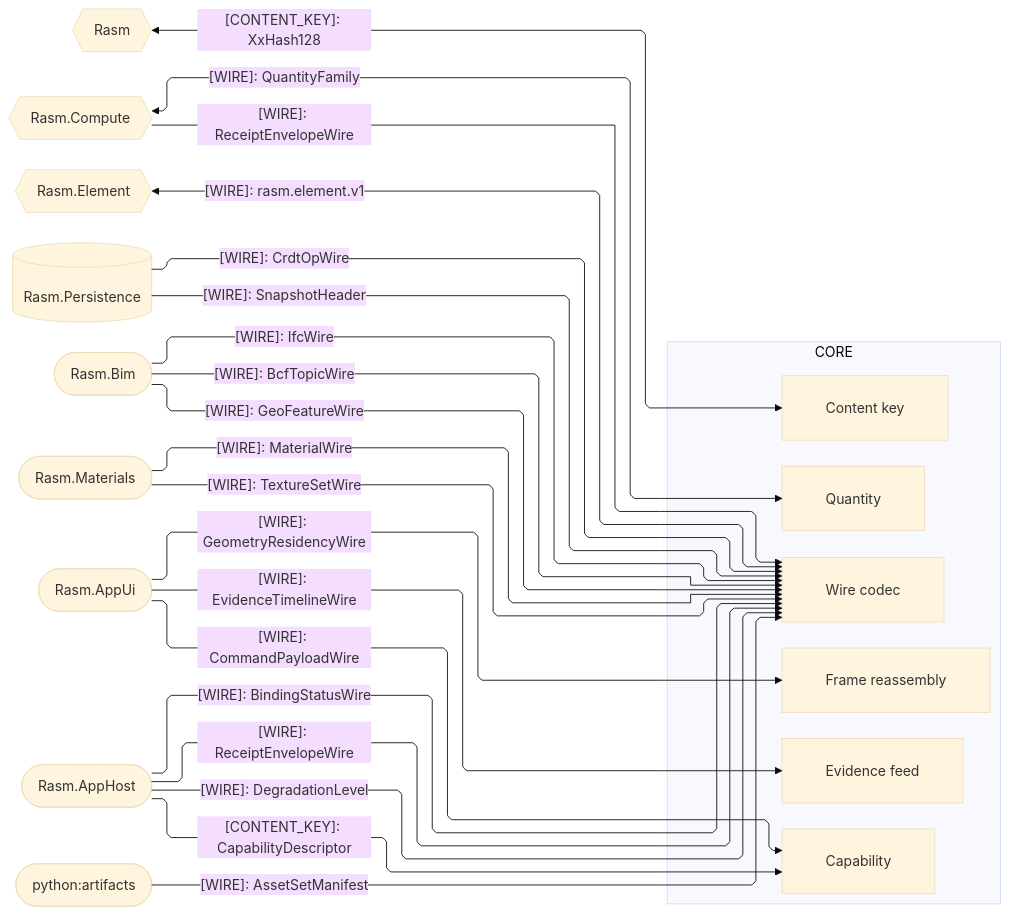
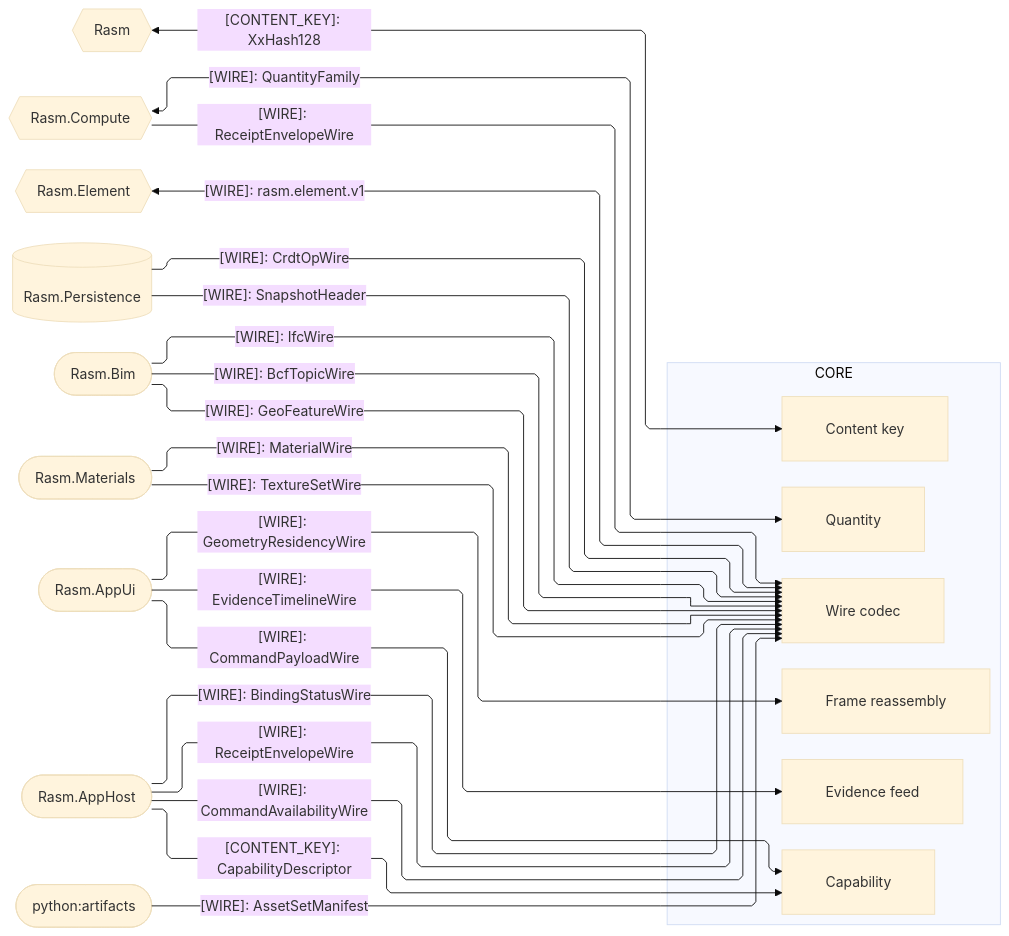
The second of 3 diagrams in libs/typescript/core/ARCHITECTURE.md (bsamiee/Rasm), drawn with Mermaid (base theme) before and after one commit. The commit also changed other lines of this file and 138 other files, not shown here.

````diff
--- a/libs/typescript/core/ARCHITECTURE.md
+++ b/libs/typescript/core/ARCHITECTURE.md
@@ -119,48 +121,48 @@
 ```mermaid
 ---
 config:
   layout: elk
   flowchart:
     curve: linear
     padding: 25
 ---
 flowchart LR
     accTitle: Core wire-plane seam registry
     accDescr: Core owners decoding kinded wires spelled verbatim from the owning peer endpoint pages — C# packages and the python artifacts producer — one edge per landed family.
     subgraph core[CORE]
         ContentKey[Content key]
         Quantity[Quantity]
         Codec[Wire codec]
         Feed[Evidence feed]
         Frame[Frame reassembly]
         Invoke[Capability]
     end
     Rasm{{Rasm}}
     Compute{{Rasm.Compute}}
     Element{{Rasm.Element}}
     Persistence[(Rasm.Persistence)]
     Bim([Rasm.Bim])
     Materials([Rasm.Materials])
     AppUi([Rasm.AppUi])
     AppHost([Rasm.AppHost])
     Artifacts([python:artifacts])
     Rasm e1@<-->|"[CONTENT_KEY]: XxHash128"| ContentKey
     Compute e2@<-->|"[WIRE]: QuantityFamily"| Quantity
     Compute e3@-->|"[WIRE]: ReceiptEnvelopeWire"| Codec
     Element e4@<-->|"[WIRE]: rasm.element.v1"| Codec
     Persistence e5@-->|"[WIRE]: CrdtOpWire"| Codec
     Persistence e6@-->|"[WIRE]: SnapshotHeader"| Codec
     Bim e7@-->|"[WIRE]: IfcWire"| Codec
     Bim e8@-->|"[WIRE]: BcfTopicWire"| Codec
     Bim e9@-->|"[WIRE]: GeoFeatureWire"| Codec
     Materials e10@-->|"[WIRE]: MaterialWire"| Codec
     Materials e18@-->|"[WIRE]: TextureSetWire"| Codec
     Artifacts e19@-->|"[WIRE]: AssetSetManifest"| Codec
     AppUi e11@-->|"[WIRE]: CommandPayloadWire"| Invoke
     AppUi e12@-->|"[WIRE]: GeometryResidencyWire"| Frame
     AppUi e13@-->|"[WIRE]: EvidenceTimelineWire"| Feed
     AppHost e14@-->|"[CONTENT_KEY]: CapabilityDescriptor"| Invoke
     AppHost e15@-->|"[WIRE]: ReceiptEnvelopeWire"| Codec
-    AppHost e16@-->|"[WIRE]: DegradationLevel"| Codec
+    AppHost e16@-->|"[WIRE]: CommandAvailabilityWire"| Codec
     AppHost e17@-->|"[WIRE]: BindingStatusWire"| Codec
 ```
````
